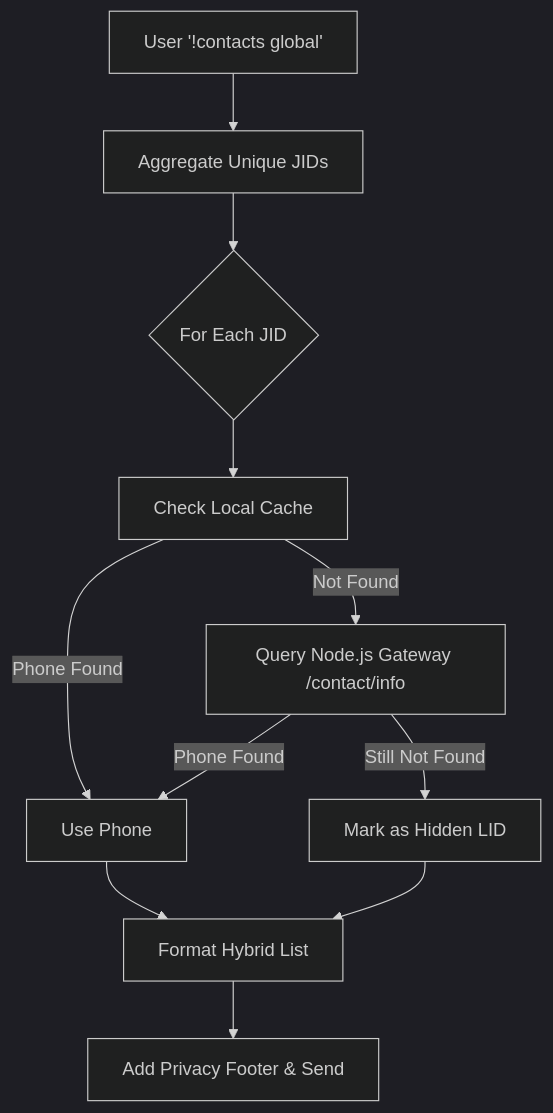
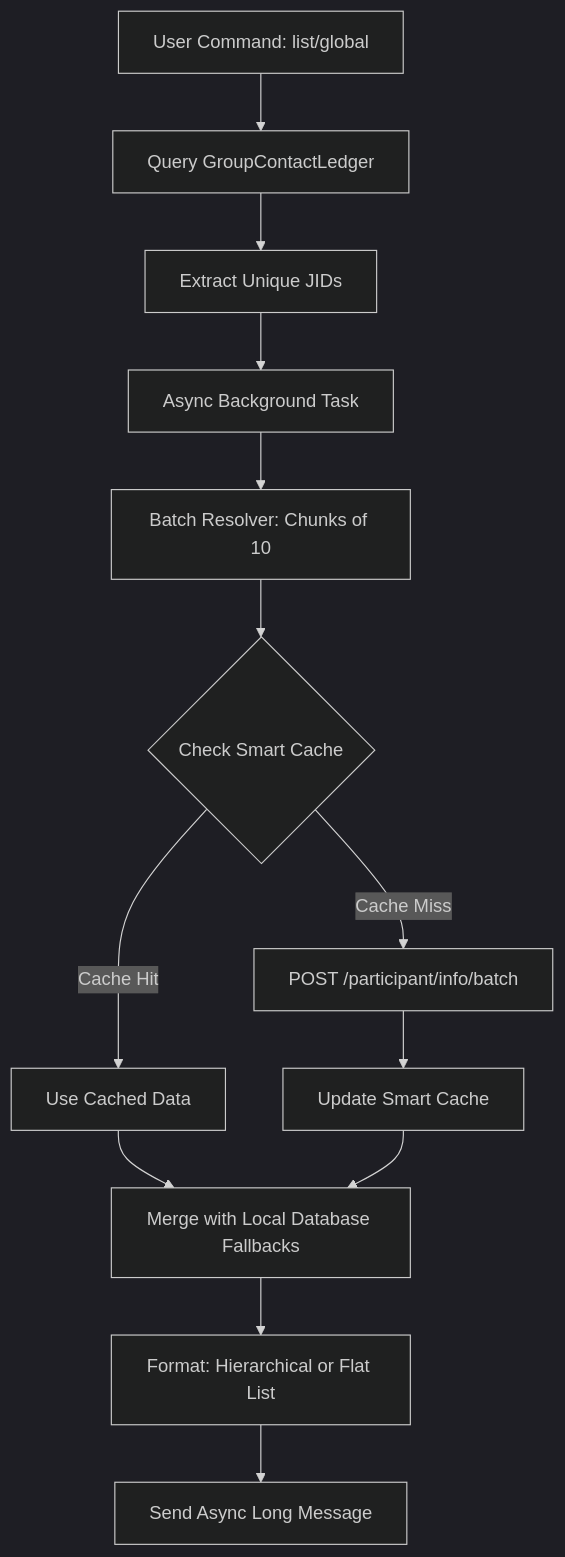
One commit to cripperzprodigy/whatsapp-casual-bot changed the diagram in ai-chat/knowledge_base/CONTACT_SYNC_ARCHITECTURE.md. Above: the diagram before and after it, drawn with Mermaid (dark theme). The commit also changed other lines of this file, not shown here.

Commit message:
docs: update contact sync architecture for live resolution flows

````diff
--- a/ai-chat/knowledge_base/CONTACT_SYNC_ARCHITECTURE.md
+++ b/ai-chat/knowledge_base/CONTACT_SYNC_ARCHITECTURE.md
@@ -21,13 +53,15 @@
 ```mermaid
 graph TD
-    A[User '!contacts global'] --> B[Aggregate Unique JIDs]
-    B --> C{For Each JID}
-    C --> D[Check Local Cache]
-    D -- Phone Found --> E[Use Phone]
-    D -- Not Found --> F[Query Node.js Gateway /contact/info]
-    F -- Phone Found --> E
-    F -- Still Not Found --> G[Mark as Hidden LID]
-    E --> H[Format Hybrid List]
-    G --> H
-    H --> I[Add Privacy Footer & Send]
+    A[User Command: list/global] --> B[Query GroupContactLedger]
+    B --> C[Extract Unique JIDs]
+    C --> D[Async Background Task]
+    D --> E[Batch Resolver: Chunks of 10]
+    E --> F{Check Smart Cache}
+    F -- Cache Hit --> G[Use Cached Data]
+    F -- Cache Miss --> H[POST /participant/info/batch]
+    H --> I[Update Smart Cache]
+    G --> J[Merge with Local Database Fallbacks]
+    I --> J
+    J --> K[Format: Hierarchical or Flat List]
+    K --> L[Send Async Long Message]
 ```
````
